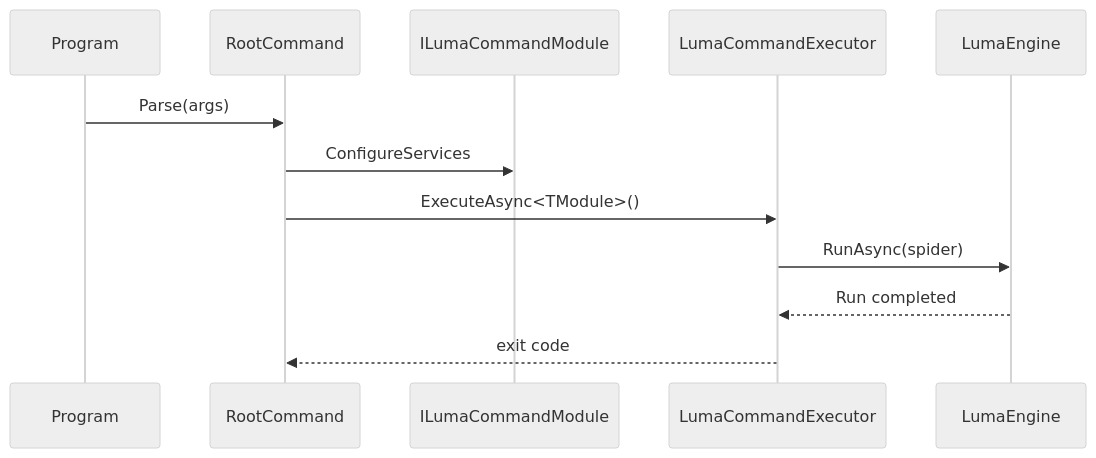
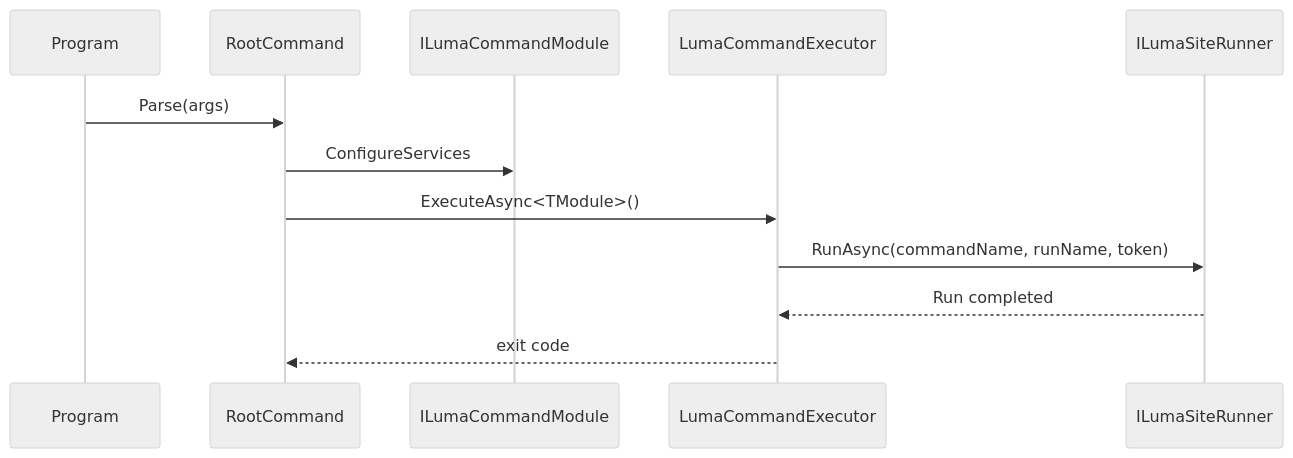
The diagram in Zeayii.Luma.CommandLine/README.en.md (zeayii/luma), drawn with Mermaid (neutral theme) before and after one commit. The commit also changed 37 other files, not shown here.

````diff
--- a/Zeayii.Luma.CommandLine/README.en.md
+++ b/Zeayii.Luma.CommandLine/README.en.md
@@ -15,15 +15,15 @@
 ```mermaid
 sequenceDiagram
     participant Program
     participant Root as RootCommand
     participant Module as ILumaCommandModule
     participant Executor as LumaCommandExecutor
-    participant Engine as LumaEngine
+    participant Runner as ILumaSiteRunner
 
     Program->>Root: Parse(args)
     Root->>Module: ConfigureServices
     Root->>Executor: ExecuteAsync<TModule>()
-    Executor->>Engine: RunAsync(spider)
-    Engine-->>Executor: Run completed
+    Executor->>Runner: RunAsync(commandName, runName, token)
+    Runner-->>Executor: Run completed
     Executor-->>Root: exit code
 ```
````
